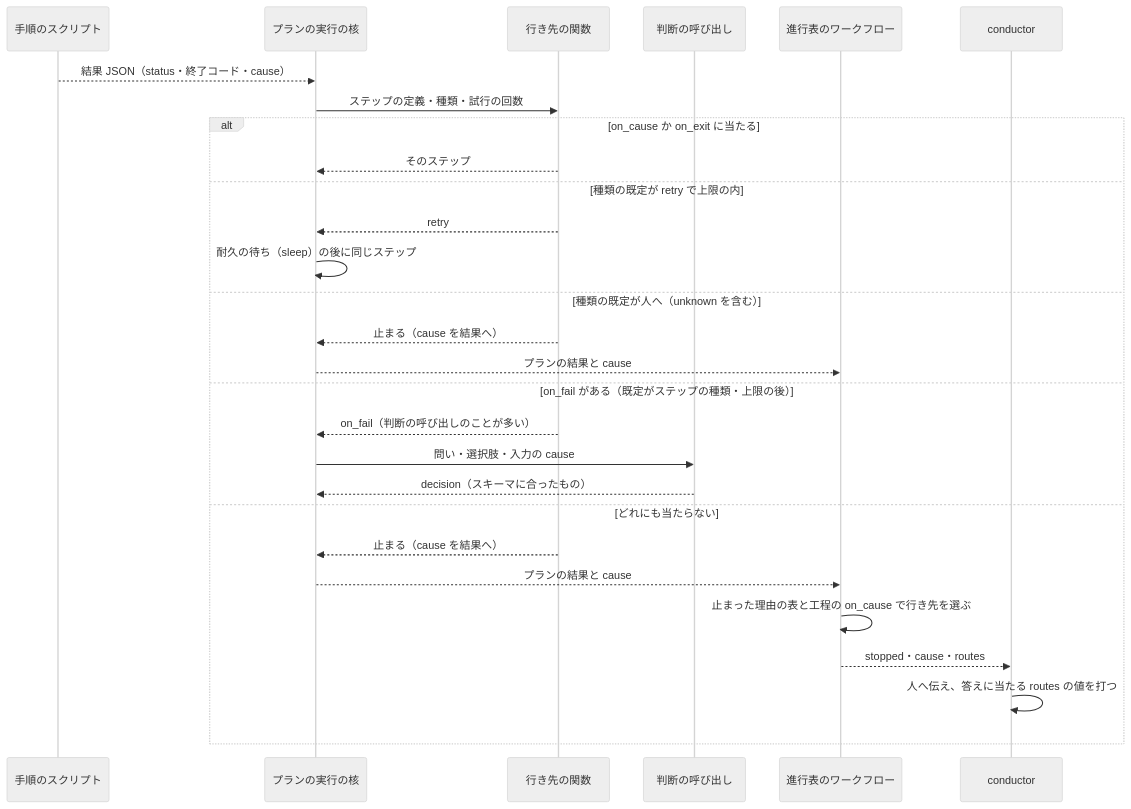
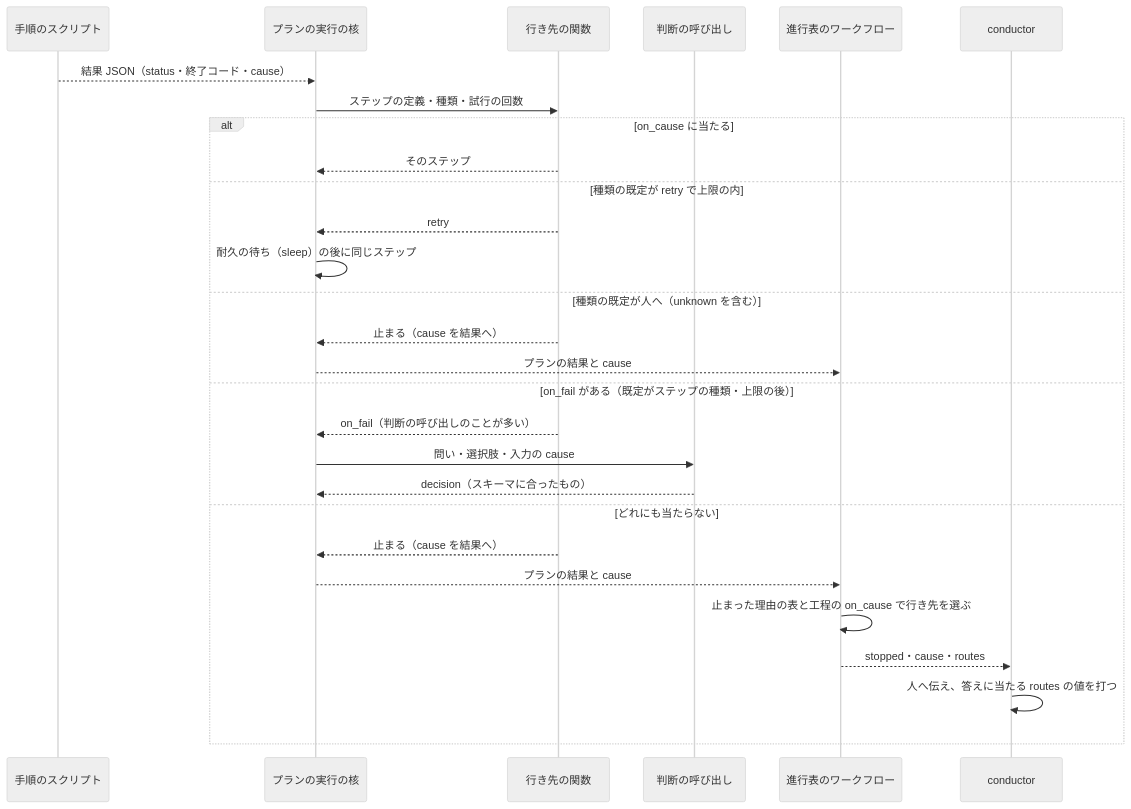
Before and after one commit to devbasex/ai-plugins: the second of 2 diagrams in issues/issue-1142-design-scripted-flow.md, drawn with Mermaid (neutral theme). The commit also changed other lines of this file and 11 other files, not shown here.

````diff
--- a/issues/issue-1142-design-scripted-flow.md
+++ b/issues/issue-1142-design-scripted-flow.md
@@ -327,30 +336,30 @@
 ```mermaid
 sequenceDiagram
     participant S as 手順のスクリプト
     participant E as プランの実行の核
     participant R as 行き先の関数
     participant J as 判断の呼び出し
     participant W as 進行表のワークフロー
     participant C as conductor
     S-->>E: 結果 JSON（status・終了コード・cause）
     E->>R: ステップの定義・種類・試行の回数
-    alt on_cause か on_exit に当たる
+    alt on_cause に当たる
         R-->>E: そのステップ
     else 種類の既定が retry で上限の内
         R-->>E: retry
         E->>E: 耐久の待ち（sleep）の後に同じステップ
     else 種類の既定が人へ（unknown を含む）
         R-->>E: 止まる（cause を結果へ）
         E-->>W: プランの結果と cause
     else on_fail がある（既定がステップの種類・上限の後）
         R-->>E: on_fail（判断の呼び出しのことが多い）
         E->>J: 問い・選択肢・入力の cause
         J-->>E: decision（スキーマに合ったもの）
     else どれにも当たらない
         R-->>E: 止まる（cause を結果へ）
         E-->>W: プランの結果と cause
         W->>W: 止まった理由の表と工程の on_cause で行き先を選ぶ
         W-->>C: stopped・cause・routes
         C->>C: 人へ伝え、答えに当たる routes の値を打つ
     end
 ```
````
